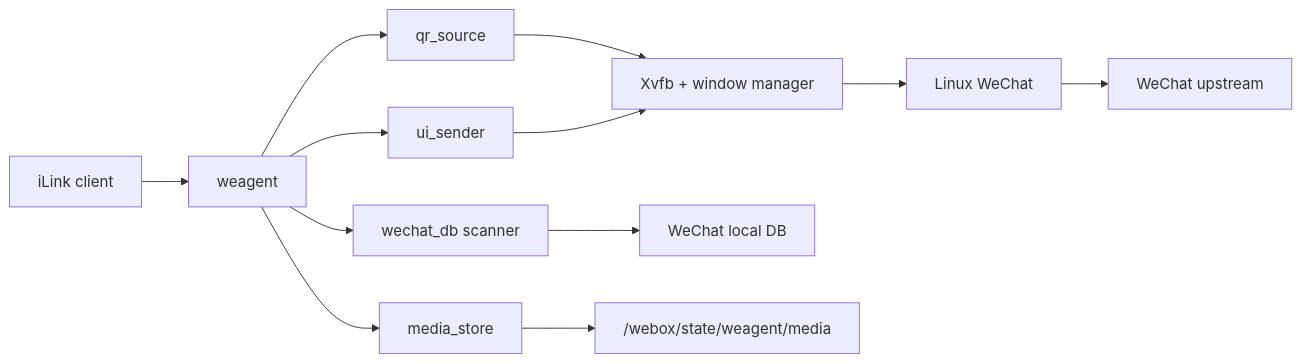
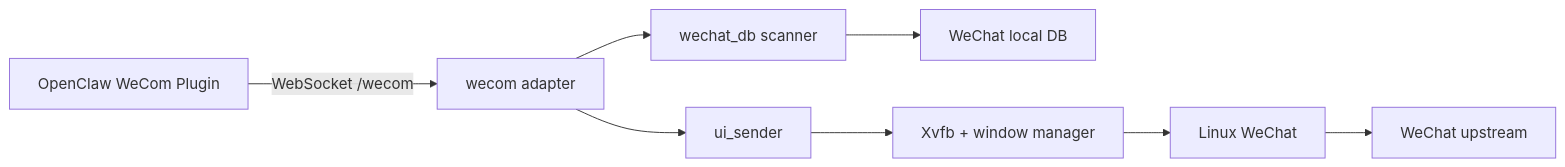
One commit to netcat-ai/webox changed the diagram in docs/architecture.md. Above: the diagram before and after it, drawn with Mermaid. The commit also changed other lines of this file and 41 other files, not shown here.

````diff
--- a/docs/architecture.md
+++ b/docs/architecture.md
@@ -23,18 +17,10 @@
 ```mermaid
 flowchart LR
-  Client["iLink client"] --> Agent["weagent"]
-
-  Agent --> QRSource["qr_source"]
-  QRSource --> Display
-
-  Agent --> DBScanner["wechat_db scanner"]
+  OpenClaw["OpenClaw WeCom Plugin"] -->|"WebSocket /wecom"| Adapter["wecom adapter"]
+  Adapter --> DBScanner["wechat_db scanner"]
   DBScanner --> WXDB["WeChat local DB"]
-
-  Agent --> UISender["ui_sender"]
-  Agent --> MediaStore["media_store"]
-  MediaStore --> MediaDir["/webox/state/weagent/media"]
+  Adapter --> UISender["ui_sender"]
   UISender --> Display["Xvfb + window manager"]
   Display --> WeChat["Linux WeChat"]
-
   WeChat --> WXNet["WeChat upstream"]
 ```
````
